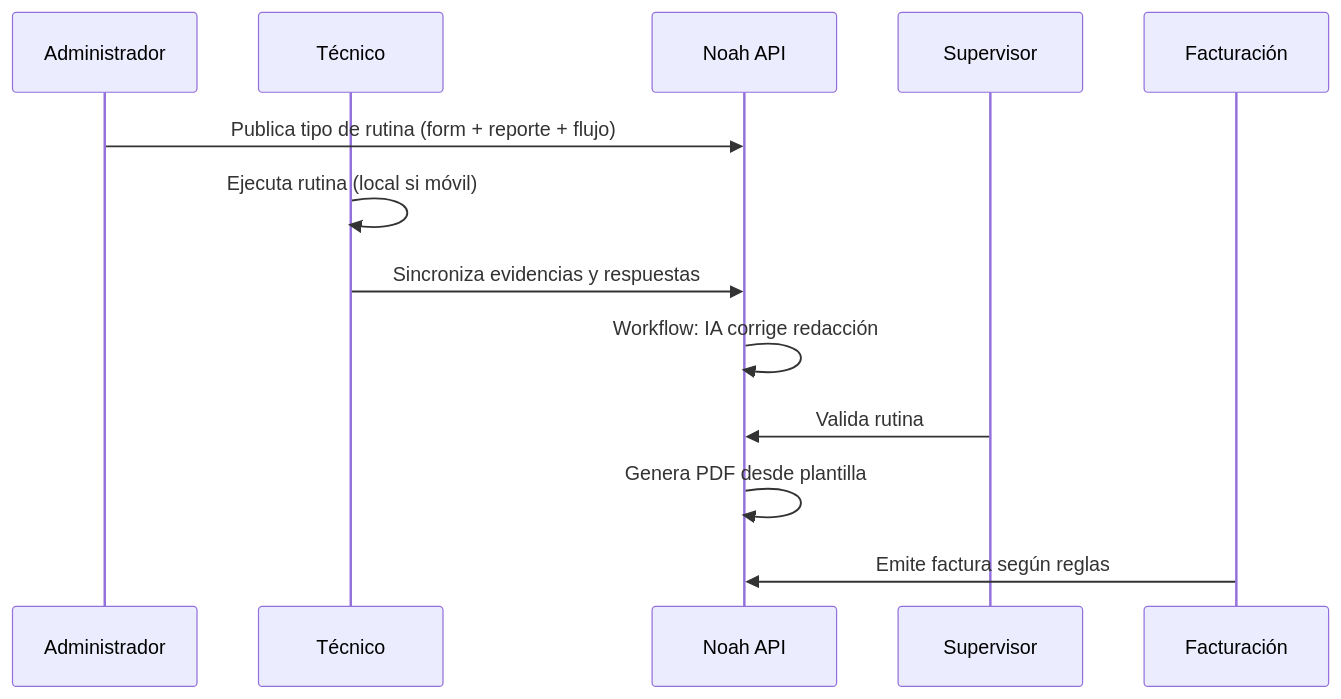
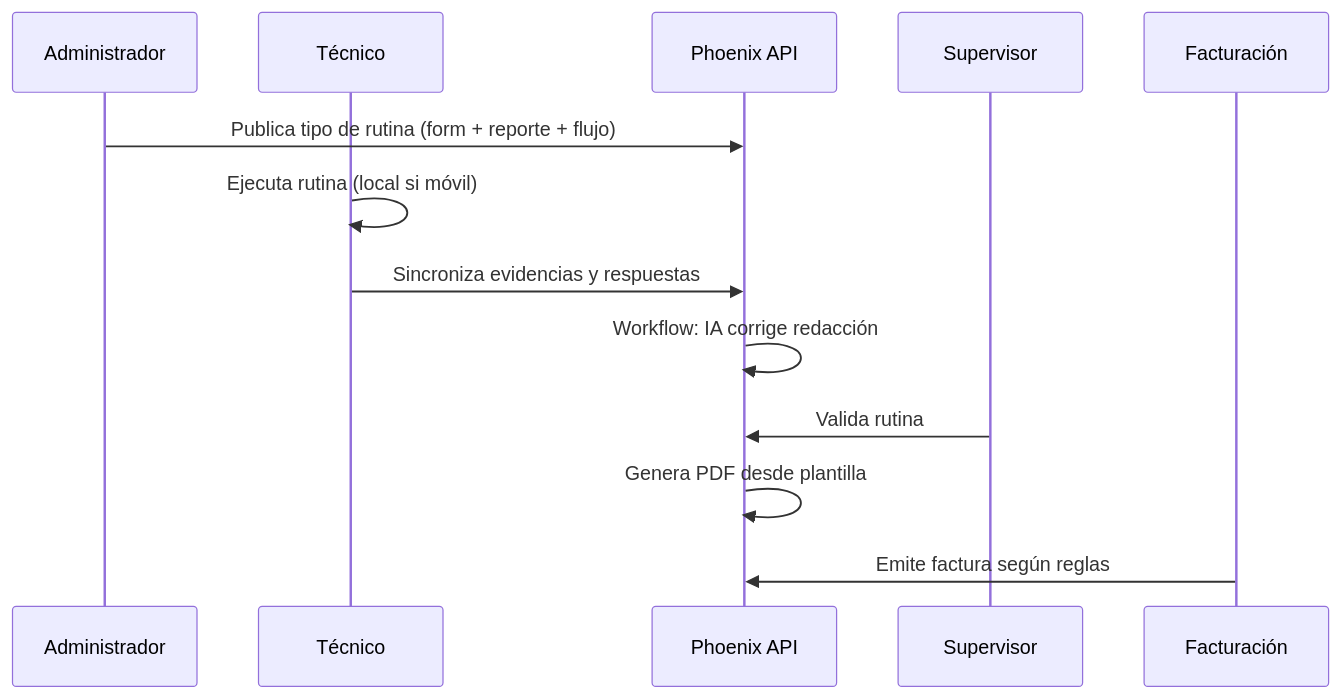
One commit to Adrian247/noah changed the second of 2 diagrams in openspec/vision/concept.md. Above: the diagram before and after it, drawn with Mermaid. The commit also changed other lines of this file and 402 other files, not shown here.

````diff
--- a/openspec/vision/concept.md
+++ b/openspec/vision/concept.md
@@ -65,16 +65,16 @@
 ```mermaid
 sequenceDiagram
   participant A as Administrador
   participant T as Técnico
-  participant N as Noah API
+  participant N as Phoenix API
   participant S as Supervisor
   participant F as Facturación
 
   A->>N: Publica tipo de rutina (form + reporte + flujo)
   T->>T: Ejecuta rutina (local si móvil)
   T->>N: Sincroniza evidencias y respuestas
   N->>N: Workflow: IA corrige redacción
   S->>N: Valida rutina
   N->>N: Genera PDF desde plantilla
   F->>N: Emite factura según reglas
 ```
````
